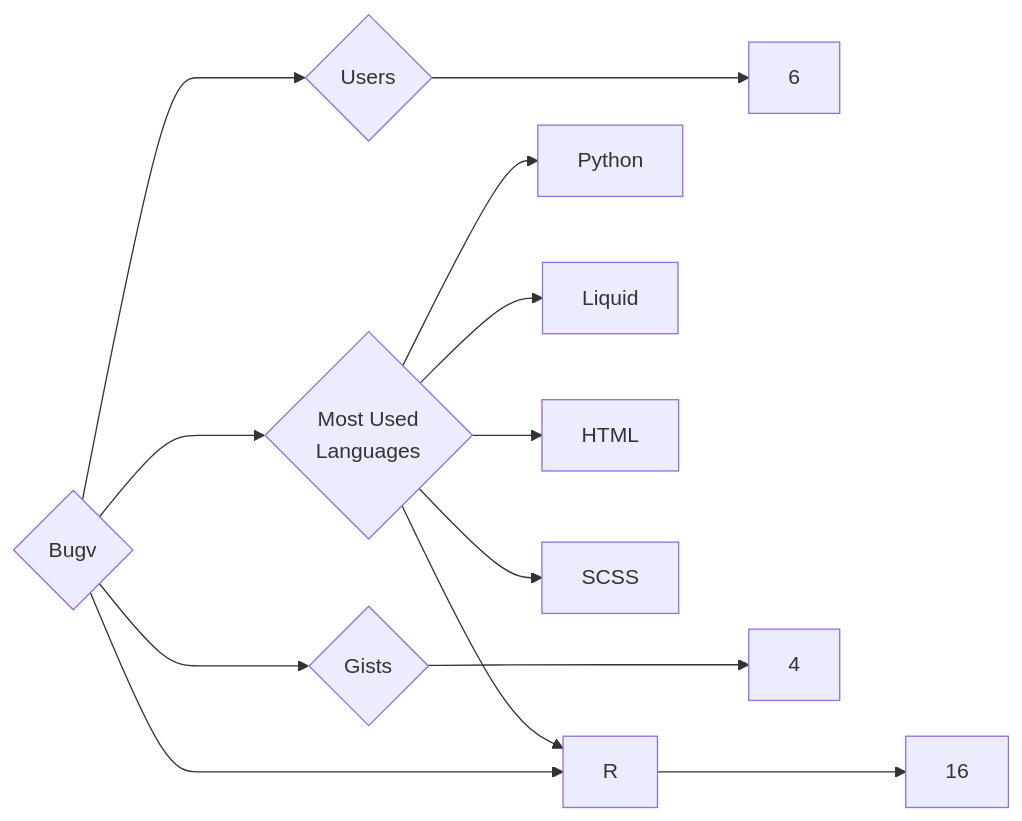
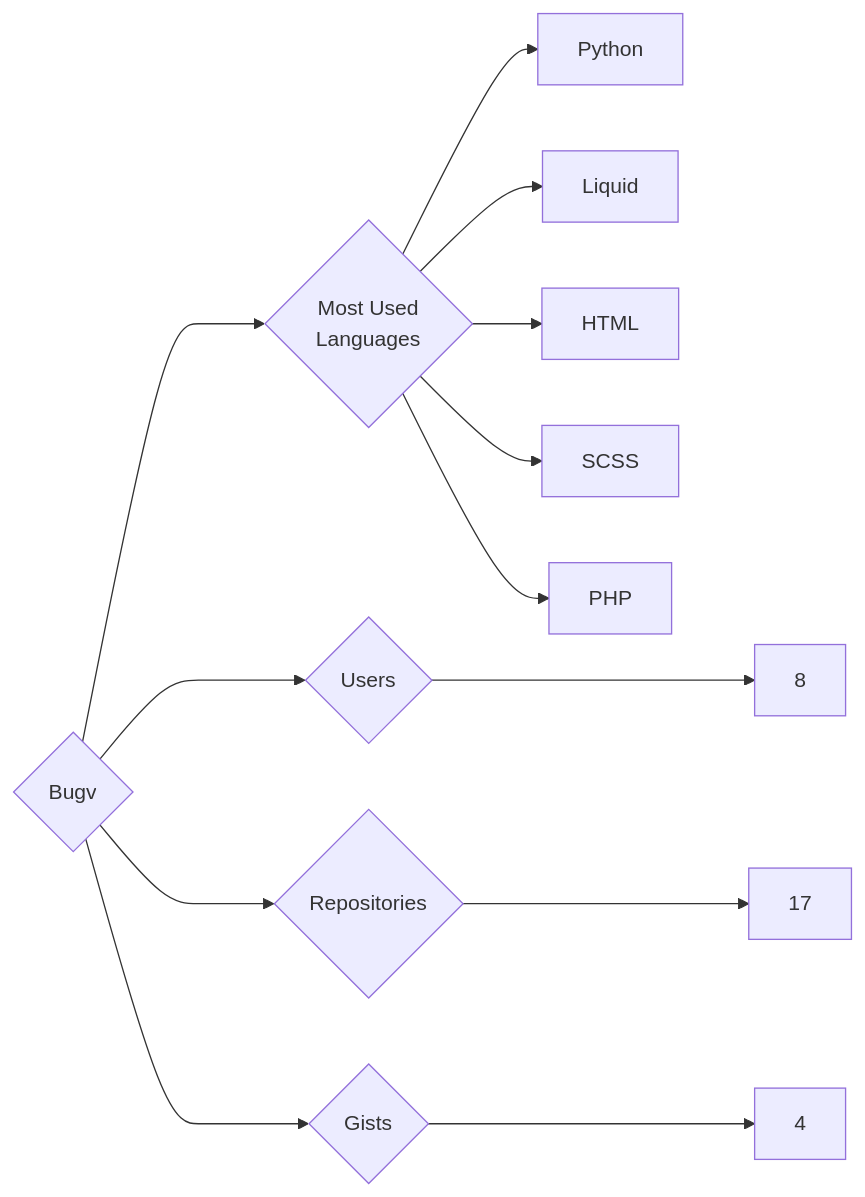
The diagram in targets/Bugv/README.md (trickest/insiders), drawn with Mermaid before and after one commit. The commit also changed 857 other files, not shown here.

````diff
--- a/targets/Bugv/README.md
+++ b/targets/Bugv/README.md
@@ -3,13 +3,13 @@
 ```mermaid
 graph LR
 COMPANY_NAME{Bugv}
-COMPANY_NAME ---> U{Users} ---> UN[6]
-COMPANY_NAME ---> R{Repositories} ---> RN[16]
+COMPANY_NAME ---> U{Users} ---> UN[8]
+COMPANY_NAME ---> R{Repositories} ---> RN[17]
 COMPANY_NAME ---> G{Gists} ---> GN[4]
 COMPANY_NAME ---> ML{Most Used<br>Languages}
 ML --> Python[Python]
 ML --> Liquid[Liquid]
 ML --> HTML[HTML]
 ML --> SCSS[SCSS]
-ML --> R[R]
+ML --> PHP[PHP]
 ```
````
